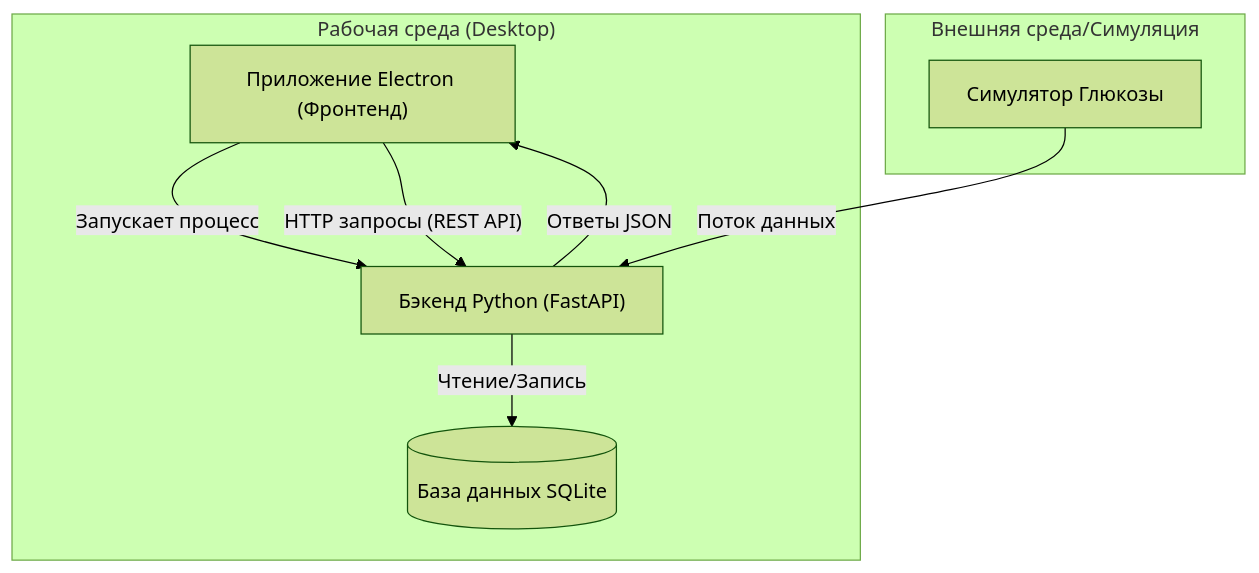
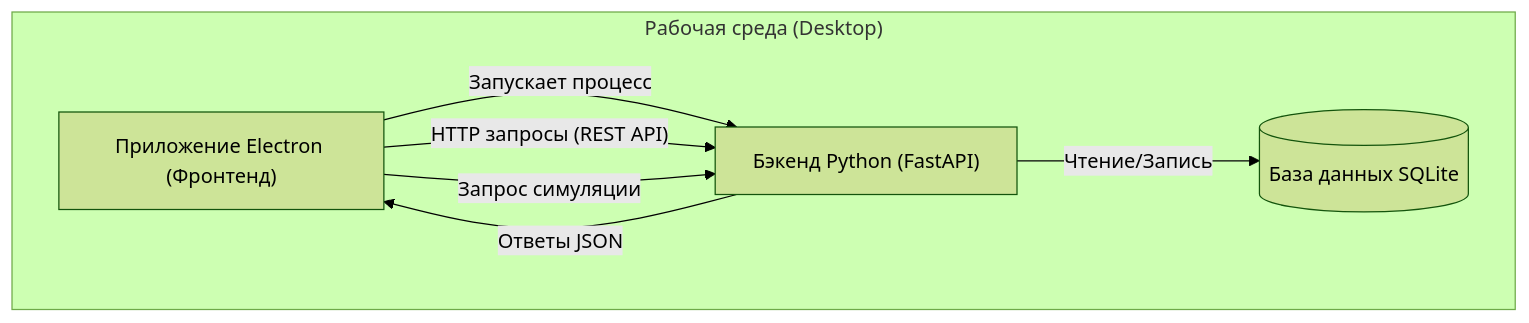
Before and after one commit to Dr-U-boop/Glukoze-Test: the first of 5 diagrams in project_report.md, drawn with Mermaid (forest theme).

Commit message:
Update project_report.md to edit simulation details
Removed the external environment simulation section from the report.

````diff
--- a/project_report.md
+++ b/project_report.md
@@ -13,17 +13,14 @@
 ```mermaid
 graph TD
     subgraph "Рабочая среда (Desktop)"
         E["Приложение Electron (Фронтенд)"]
         P["Бэкенд Python (FastAPI)"]
         DB[(База данных SQLite)]
     end
 
     E -- "Запускает процесс" --> P
     E -- "HTTP запросы (REST API)" --> P
+    E -- "Запрос симуляции" --> P
     P -- "Чтение/Запись" --> DB
     P -- "Ответы JSON" --> E
-    
-    subgraph "Внешняя среда/Симуляция"
-        S[Симулятор Глюкозы] -- "Поток данных" --> P
-    end
 ```
````
